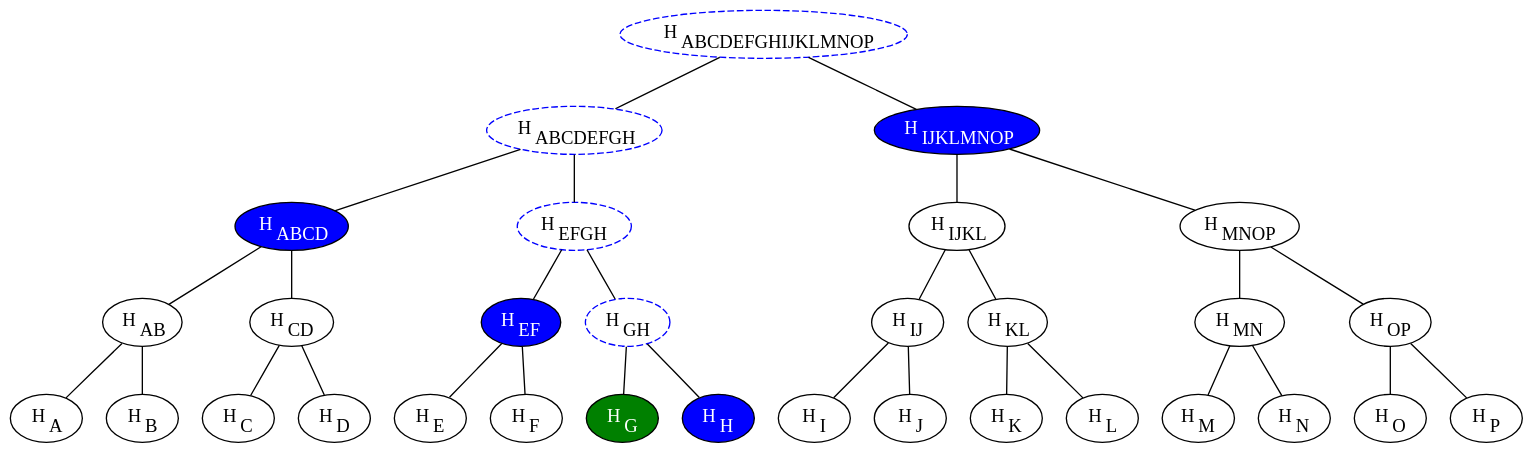
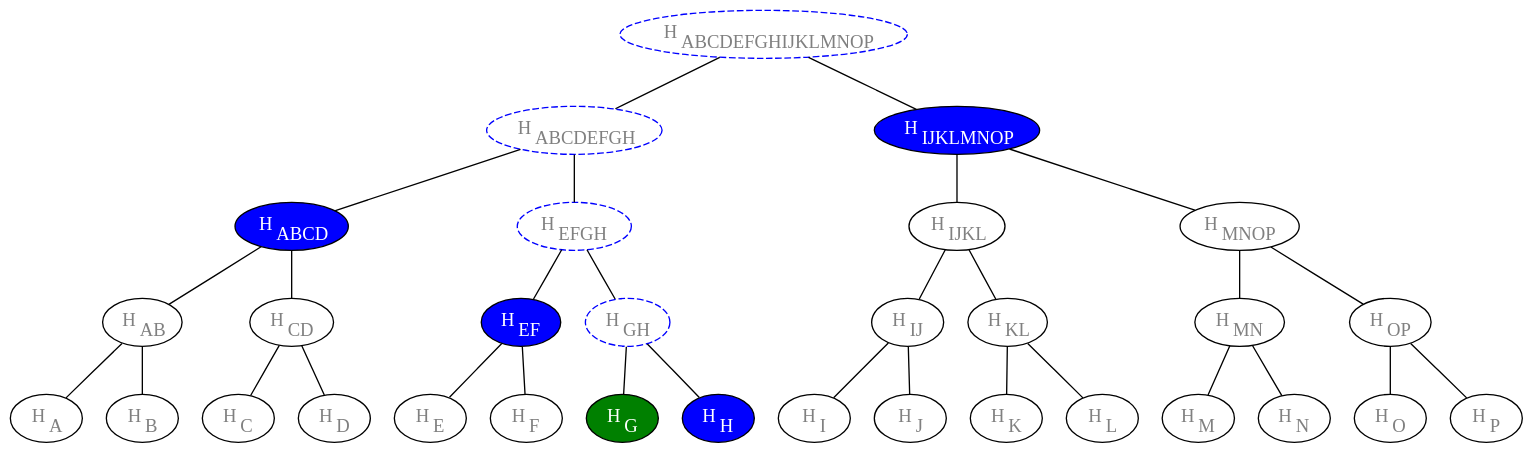
Before and after one commit to bitsongofficial/go-bitsong: the diagram in x/merkledrop/spec/img/image_code/merkle_proof.dot, drawn with Graphviz. The commit also changed 3 other files, not shown here.

```diff
--- a/x/merkledrop/spec/img/image_code/merkle_proof.dot
+++ b/x/merkledrop/spec/img/image_code/merkle_proof.dot
@@ -1,82 +1,82 @@
 graph ""
    {
    bgcolor="transparent";
 
-   n001 [label=<H<SUB>ABCDEFGHIJKLMNOP</SUB>> style="dashed" color="blue"];
+   n001 [label=<H<SUB>ABCDEFGHIJKLMNOP</SUB>> style="dashed" color="blue" fontcolor="gray"];
    n001 -- n002 ;
-   n002 [label=<H<SUB>ABCDEFGH</SUB>> style="dashed" color="blue"];
+   n002 [label=<H<SUB>ABCDEFGH</SUB>> style="dashed" color="blue" fontcolor="gray"];
    
    n001 -- n003 ;
    n003 [label=<H<SUB>IJKLMNOP</SUB>> style="filled" fillcolor="blue" fontcolor="white"];
    
    n002 -- n004 ;
    n004 [label=<H<SUB>ABCD</SUB>> style="filled" fillcolor="blue" fontcolor="white"];
    n002 -- n005 ;
-   n005 [label=<H<SUB>EFGH</SUB>> style="dashed" color="blue"];
+   n005 [label=<H<SUB>EFGH</SUB>> style="dashed" color="blue" fontcolor="gray"];
 
    n003 -- n006 ;
-   n006 [label=<H<SUB>IJKL</SUB>>];
+   n006 [label=<H<SUB>IJKL</SUB>> fontcolor="gray"];
    n003 -- n007 ;
-   n007 [label=<H<SUB>MNOP</SUB>>];
+   n007 [label=<H<SUB>MNOP</SUB>> fontcolor="gray"];
 
    n004 -- n008 ;
-   n008 [label=<H<SUB>AB</SUB>>];
+   n008 [label=<H<SUB>AB</SUB>> fontcolor="gray"];
    n004 -- n009 ;
-   n009 [label=<H<SUB>CD</SUB>>];
+   n009 [label=<H<SUB>CD</SUB>> fontcolor="gray"];
 
    n005 -- n010 ;
    n010 [label=<H<SUB>EF</SUB>> style="filled" fillcolor="blue" fontcolor="white"];
    n005 -- n011 ;
-   n011 [label=<H<SUB>GH</SUB>> style="dashed" color="blue"];
+   n011 [label=<H<SUB>GH</SUB>> style="dashed" color="blue" fontcolor="gray"];
 
    n006 -- n012 ;
-   n012 [label=<H<SUB>IJ</SUB>>];
+   n012 [label=<H<SUB>IJ</SUB>> fontcolor="gray"];
    n006 -- n013 ;
-   n013 [label=<H<SUB>KL</SUB>>];
+   n013 [label=<H<SUB>KL</SUB>> fontcolor="gray"];
 
    n007 -- n014 ;
-   n014 [label=<H<SUB>MN</SUB>>];
+   n014 [label=<H<SUB>MN</SUB>> fontcolor="gray"];
    n007 -- n015 ;
-   n015 [label=<H<SUB>OP</SUB>>];
+   n015 [label=<H<SUB>OP</SUB>> fontcolor="gray"];
 
    n008 -- n016 ;
-   n016 [label=<H<SUB>A</SUB>>];
+   n016 [label=<H<SUB>A</SUB>> fontcolor="gray"];
    n008 -- n017 ;
-   n017 [label=<H<SUB>B</SUB>>];
+   n017 [label=<H<SUB>B</SUB>> fontcolor="gray"];
 
    n009 -- n018 ;
-   n018 [label=<H<SUB>C</SUB>>];
+   n018 [label=<H<SUB>C</SUB>> fontcolor="gray"];
    n009 -- n019 ;
-   n019 [label=<H<SUB>D</SUB>>];
+   n019 [label=<H<SUB>D</SUB>> fontcolor="gray"];
 
    n010 -- n020 ;
-   n020 [label=<H<SUB>E</SUB>>];
+   n020 [label=<H<SUB>E</SUB>> fontcolor="gray"];
    n010 -- n021 ;
-   n021 [label=<H<SUB>F</SUB>>];
+   n021 [label=<H<SUB>F</SUB>> fontcolor="gray"];
 
    n011 -- n022 ;
    n022 [label=<H<SUB>G</SUB>> style="filled" fillcolor="green" fontcolor="white"];
    n011 -- n023 ;
    n023 [label=<H<SUB>H</SUB>> style="filled" fillcolor="blue" fontcolor="white"];
 
    n012 -- n024 ;
-   n024 [label=<H<SUB>I</SUB>>];
+   n024 [label=<H<SUB>I</SUB>> fontcolor="gray"];
    n012 -- n025 ;
-   n025 [label=<H<SUB>J</SUB>>];
+   n025 [label=<H<SUB>J</SUB>> fontcolor="gray"];
 
    n013 -- n026 ;
-   n026 [label=<H<SUB>K</SUB>>];
+   n026 [label=<H<SUB>K</SUB>> fontcolor="gray"];
    n013 -- n027 ;
-   n027 [label=<H<SUB>L</SUB>>];
+   n027 [label=<H<SUB>L</SUB>> fontcolor="gray"];
 
    n014 -- n028 ;
-   n028 [label=<H<SUB>M</SUB>>];
+   n028 [label=<H<SUB>M</SUB>> fontcolor="gray"];
    n014 -- n029 ;
-   n029 [label=<H<SUB>N</SUB>>];
+   n029 [label=<H<SUB>N</SUB>> fontcolor="gray"];
 
    n015 -- n030 ;
-   n030 [label=<H<SUB>O</SUB>>];
+   n030 [label=<H<SUB>O</SUB>> fontcolor="gray"];
    n015 -- n031 ;
-   n031 [label=<H<SUB>P</SUB>>];
+   n031 [label=<H<SUB>P</SUB>> fontcolor="gray"];
 
 }
```
